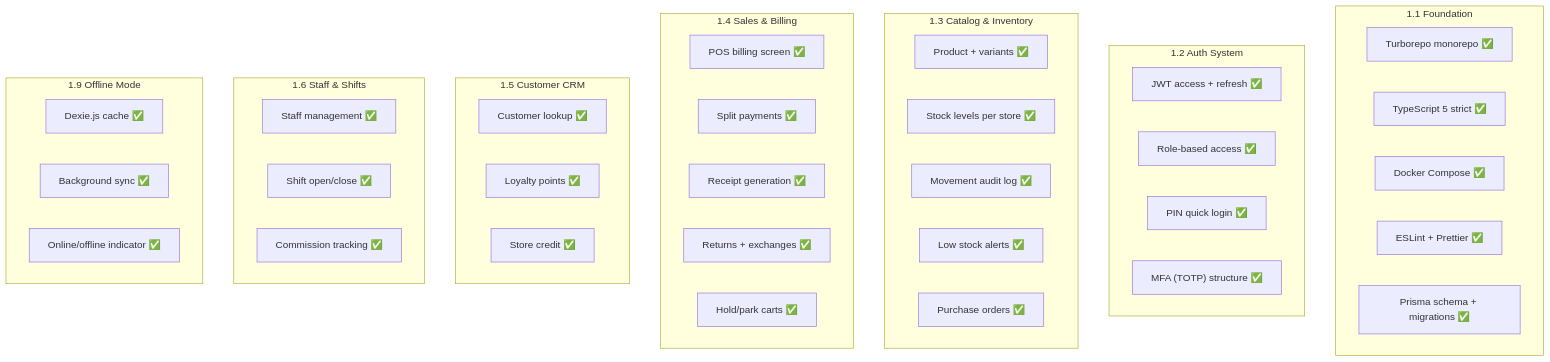
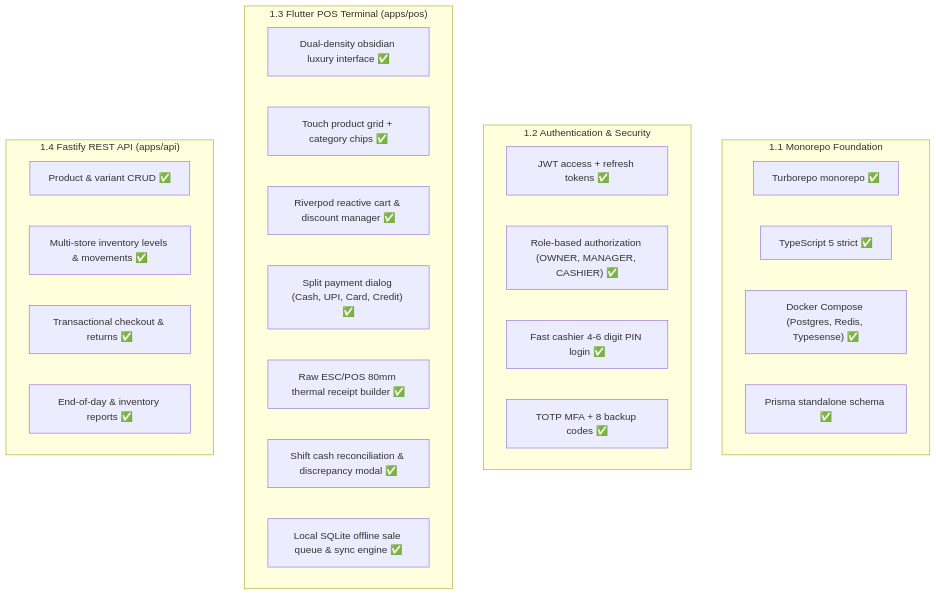
The second of 5 diagrams in docs/todos-and-roadmap.md (codernotme/marketplace), drawn with Mermaid before and after one commit. The commit also changed other lines of this file and 264 other files, not shown here.

Commit message:
feat: initialize api and pos applications with initial modules and structure

````diff
--- a/docs/todos-and-roadmap.md
+++ b/docs/todos-and-roadmap.md
@@ -36,51 +34,33 @@
 ```mermaid
 graph TD
-    subgraph Foundation["1.1 Foundation"]
+    subgraph Foundation["1.1 Monorepo Foundation"]
         MONO["Turborepo monorepo ✅"]
         TS["TypeScript 5 strict ✅"]
-        DOCKER["Docker Compose ✅"]
-        CI["ESLint + Prettier ✅"]
-        PRISMA["Prisma schema + migrations ✅"]
+        DOCKER["Docker Compose (Postgres, Redis, Typesense) ✅"]
+        PRISMA["Prisma standalone schema ✅"]
     end
 
-    subgraph Auth["1.2 Auth System"]
-        JWT["JWT access + refresh ✅"]
-        RBAC["Role-based access ✅"]
-        PIN["PIN quick login ✅"]
-        MFA["MFA (TOTP) structure ✅"]
+    subgraph Auth["1.2 Authentication & Security"]
+        JWT["JWT access + refresh tokens ✅"]
+        RBAC["Role-based authorization (OWNER, MANAGER, CASHIER) ✅"]
+        PIN["Fast cashier 4-6 digit PIN login ✅"]
+        MFA["TOTP MFA + 8 backup codes ✅"]
     end
 
-    subgraph Catalog["1.3 Catalog & Inventory"]
-        PRODUCTS["Product + variants ✅"]
-        STOCK["Stock levels per store ✅"]
-        MOVEMENTS["Movement audit log ✅"]
-        ALERTS["Low stock alerts ✅"]
-        PO["Purchase orders ✅"]
+    subgraph FlutterPOS["1.3 Flutter POS Terminal (apps/pos)"]
+        UI["Dual-density obsidian luxury interface ✅"]
+        GRID["Touch product grid + category chips ✅"]
+        CART["Riverpod reactive cart & discount manager ✅"]
+        TENDER["Split payment dialog (Cash, UPI, Card, Credit) ✅"]
+        PRINTER["Raw ESC/POS 80mm thermal receipt builder ✅"]
+        SHIFTS["Shift cash reconciliation & discrepancy modal ✅"]
+        OFFLINE["Local SQLite offline sale queue & sync engine ✅"]
     end
 
-    subgraph Sales["1.4 Sales & Billing"]
-        BILLING["POS billing screen ✅"]
-        SPLIT["Split payments ✅"]
-        RECEIPT["Receipt generation ✅"]
-        RETURNS["Returns + exchanges ✅"]
-        HOLD["Hold/park carts ✅"]
-    end
-
-    subgraph CRM["1.5 Customer CRM"]
-        LOOKUP["Customer lookup ✅"]
-        LOYALTY["Loyalty points ✅"]
-        CREDIT["Store credit ✅"]
-    end
-
-    subgraph Staff["1.6 Staff & Shifts"]
-        MGMT["Staff management ✅"]
-        SHIFTS["Shift open/close ✅"]
-        COMMISSION["Commission tracking ✅"]
-    end
-
-    subgraph Offline["1.9 Offline Mode"]
-        DEXIE["Dexie.js cache ✅"]
-        SYNC["Background sync ✅"]
-        INDICATOR["Online/offline indicator ✅"]
+    subgraph Backend["1.4 Fastify REST API (apps/api)"]
+        PRODUCTS["Product & variant CRUD ✅"]
+        STOCK["Multi-store inventory levels & movements ✅"]
+        SALES["Transactional checkout & returns ✅"]
+        REPORTS["End-of-day & inventory reports ✅"]
     end
 ```
````
